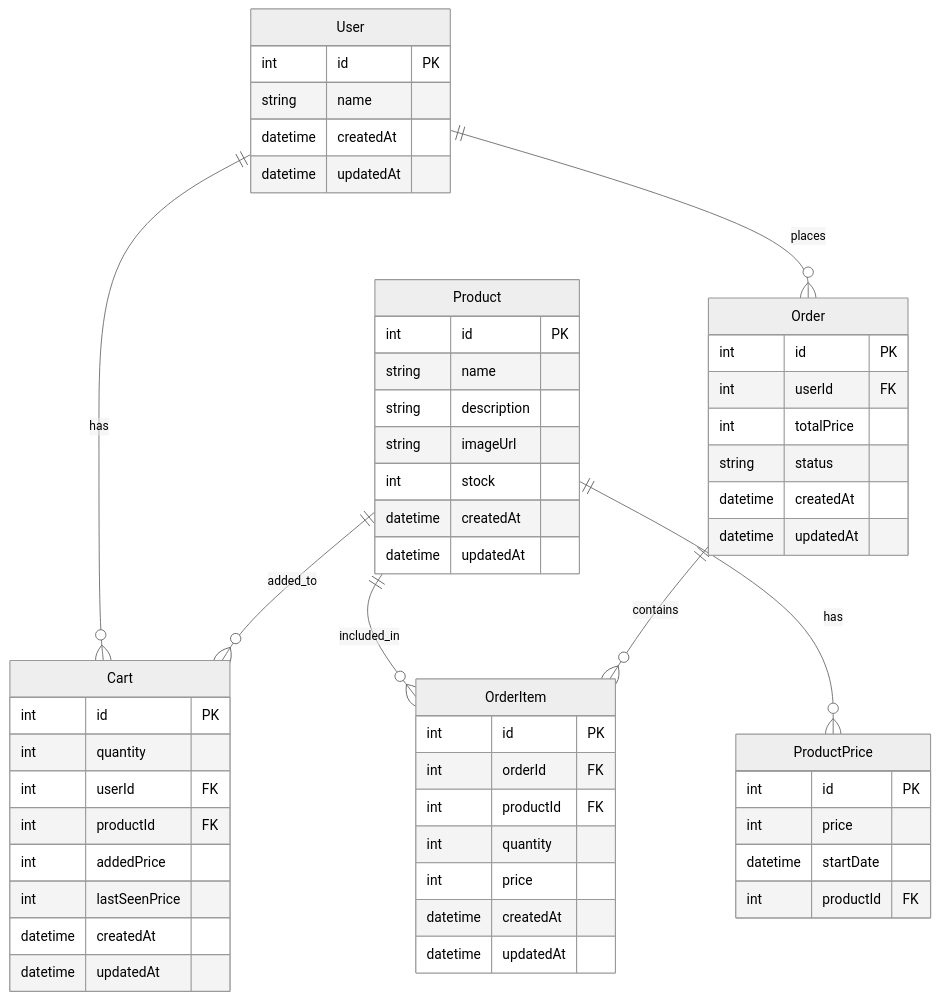
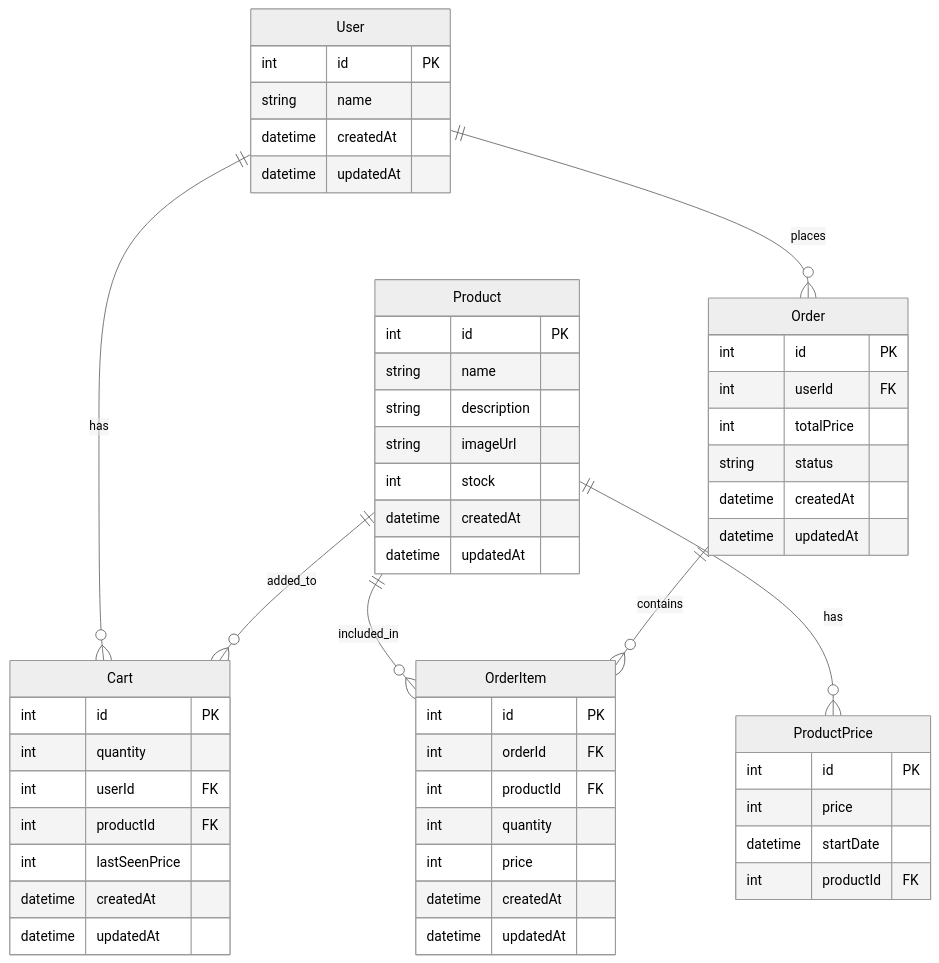
One commit to lirlia/100day_challenge_backend changed the first of 2 diagrams in day2_simple_ec/README.md. Above: the diagram before and after it, drawn with Mermaid (neutral theme). The commit also changed other lines of this file and 13 other files, not shown here.

````diff
--- a/day2_simple_ec/README.md
+++ b/day2_simple_ec/README.md
@@ -20,63 +20,62 @@
 ```mermaid
 erDiagram
     User {
         int id PK
         string name
         datetime createdAt
         datetime updatedAt
     }
     
     Product {
         int id PK
         string name
         string description
         string imageUrl
         int stock
         datetime createdAt
         datetime updatedAt
     }
     
     ProductPrice {
         int id PK
         int price
         datetime startDate
         int productId FK
     }
     
     Cart {
         int id PK
         int quantity
         int userId FK
         int productId FK
-        int addedPrice
         int lastSeenPrice
         datetime createdAt
         datetime updatedAt
     }
     
     Order {
         int id PK
         int userId FK
         int totalPrice
         string status
         datetime createdAt
         datetime updatedAt
     }
     
     OrderItem {
         int id PK
         int orderId FK
         int productId FK
         int quantity
         int price
         datetime createdAt
         datetime updatedAt
     }
     
     User ||--o{ Cart : "has"
     User ||--o{ Order : "places"
     Product ||--o{ Cart : "added_to"
     Product ||--o{ OrderItem : "included_in"
     Product ||--o{ ProductPrice : "has"
     Order ||--o{ OrderItem : "contains"
 ```
````
